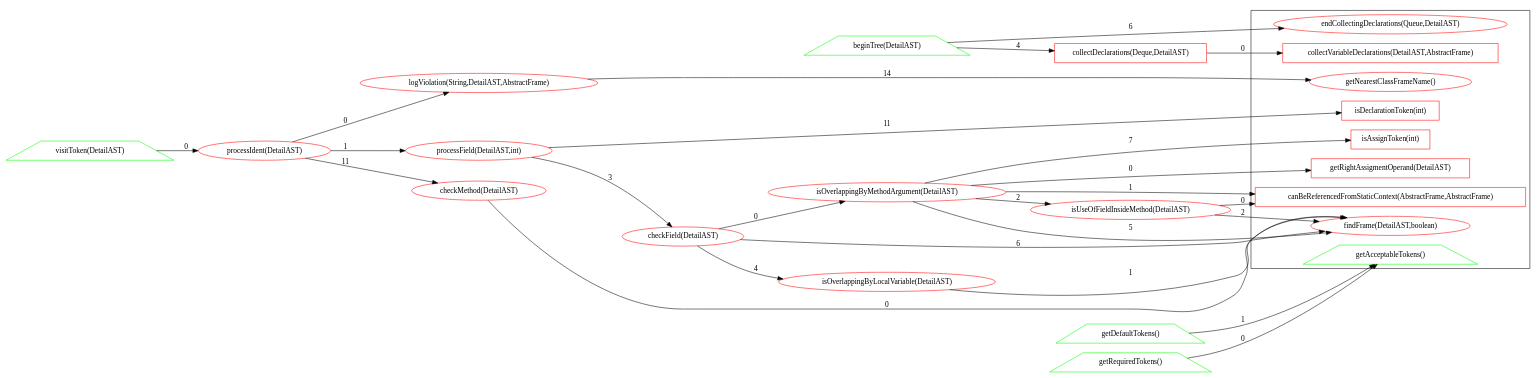
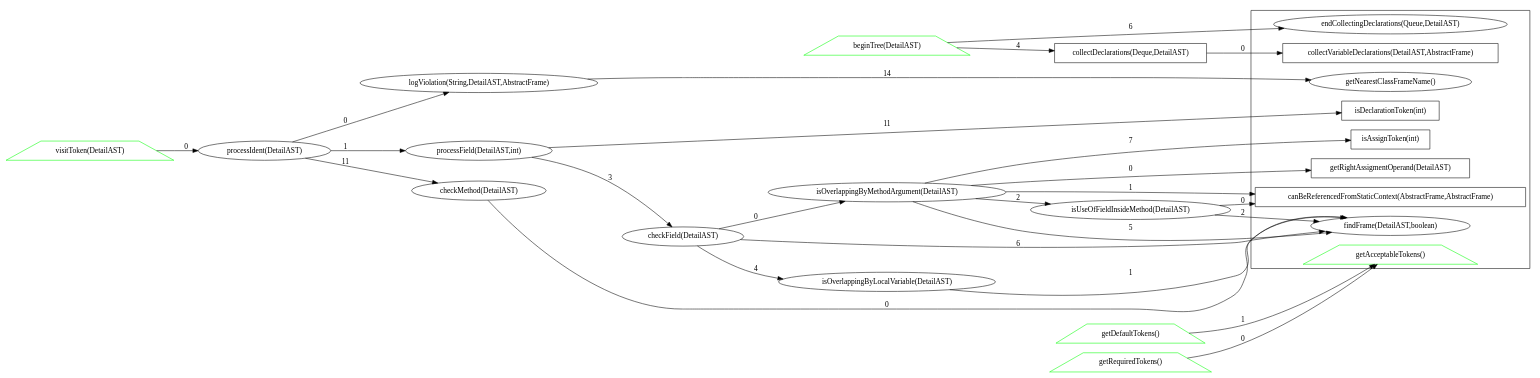
Before and after one commit to alex-zuy/alex-zuy.github.io: the diagram in dot/RequireThisCheck.java.dot, drawn with Graphviz. The commit also changed 1 other file, not shown here.

```diff
--- a/dot/RequireThisCheck.java.dot
+++ b/dot/RequireThisCheck.java.dot
@@ -1,65 +1,65 @@
 digraph dependencies {
 rankdir = "LR";
 subgraph clustersimple {
-"collectVariableDeclarations(DetailAST,AbstractFrame)" [ color="#ff0000ff" shape="polygon" ];
-"endCollectingDeclarations(Queue,DetailAST)" [ color="#ff0000ff" ];
-"getRightAssigmentOperand(DetailAST)" [ color="#ff0000ff" shape="polygon" ];
-"canBeReferencedFromStaticContext(AbstractFrame,AbstractFrame)" [ color="#ff0000ff" shape="polygon" ];
-"findFrame(DetailAST,boolean)" [ color="#ff0000ff" ];
-"isDeclarationToken(int)" [ color="#ff0000ff" shape="polygon" ];
-"isAssignToken(int)" [ color="#ff0000ff" shape="polygon" ];
-"getNearestClassFrameName()" [ color="#ff0000ff" ];
+"collectVariableDeclarations(DetailAST,AbstractFrame)" [ color="#000000ff" shape="polygon" ];
+"endCollectingDeclarations(Queue,DetailAST)" [ color="#000000ff" ];
+"getRightAssigmentOperand(DetailAST)" [ color="#000000ff" shape="polygon" ];
+"canBeReferencedFromStaticContext(AbstractFrame,AbstractFrame)" [ color="#000000ff" shape="polygon" ];
+"findFrame(DetailAST,boolean)" [ color="#000000ff" ];
+"isDeclarationToken(int)" [ color="#000000ff" shape="polygon" ];
+"isAssignToken(int)" [ color="#000000ff" shape="polygon" ];
+"getNearestClassFrameName()" [ color="#000000ff" ];
 "getAcceptableTokens()" [ color="#00ff00ff" shape="trapezium" ];
 }
-"collectDeclarations(Deque,DetailAST)" [ color="#ff0000ff" shape="polygon" ];
-"checkField(DetailAST)" [ color="#ff0000ff" ];
-"isOverlappingByMethodArgument(DetailAST)" [ color="#ff0000ff" ];
-"isUseOfFieldInsideMethod(DetailAST)" [ color="#ff0000ff" ];
-"isOverlappingByLocalVariable(DetailAST)" [ color="#ff0000ff" ];
-"checkMethod(DetailAST)" [ color="#ff0000ff" ];
+"collectDeclarations(Deque,DetailAST)" [ color="#000000ff" shape="polygon" ];
+"checkField(DetailAST)" [ color="#000000ff" ];
+"isOverlappingByMethodArgument(DetailAST)" [ color="#000000ff" ];
+"isUseOfFieldInsideMethod(DetailAST)" [ color="#000000ff" ];
+"isOverlappingByLocalVariable(DetailAST)" [ color="#000000ff" ];
+"checkMethod(DetailAST)" [ color="#000000ff" ];
 "getDefaultTokens()" [ color="#00ff00ff" shape="trapezium" ];
 "getRequiredTokens()" [ color="#00ff00ff" shape="trapezium" ];
 "beginTree(DetailAST)" [ color="#00ff00ff" shape="trapezium" ];
 "visitToken(DetailAST)" [ color="#00ff00ff" shape="trapezium" ];
-"processIdent(DetailAST)" [ color="#ff0000ff" ];
-"logViolation(String,DetailAST,AbstractFrame)" [ color="#ff0000ff" ];
-"processField(DetailAST,int)" [ color="#ff0000ff" ];
+"processIdent(DetailAST)" [ color="#000000ff" ];
+"logViolation(String,DetailAST,AbstractFrame)" [ color="#000000ff" ];
+"processField(DetailAST,int)" [ color="#000000ff" ];
 "collectDeclarations(Deque,DetailAST)" -> "collectVariableDeclarations(DetailAST,AbstractFrame)" [ label="0" ];
 "checkField(DetailAST)" -> "isOverlappingByMethodArgument(DetailAST)" [ label="0" ];
 "checkField(DetailAST)" -> "isOverlappingByLocalVariable(DetailAST)" [ label="4" ];
 "checkField(DetailAST)" -> "findFrame(DetailAST,boolean)" [ label="6" ];
 "isOverlappingByMethodArgument(DetailAST)" -> "getRightAssigmentOperand(DetailAST)" [ label="0" ];
 "isOverlappingByMethodArgument(DetailAST)" -> "canBeReferencedFromStaticContext(AbstractFrame,AbstractFrame)" [ label="1" ];
 "isOverlappingByMethodArgument(DetailAST)" -> "isUseOfFieldInsideMethod(DetailAST)" [ label="2" ];
 "isOverlappingByMethodArgument(DetailAST)" -> "findFrame(DetailAST,boolean)" [ label="5" ];
 "isOverlappingByMethodArgument(DetailAST)" -> "isAssignToken(int)" [ label="7" ];
 "isUseOfFieldInsideMethod(DetailAST)" -> "canBeReferencedFromStaticContext(AbstractFrame,AbstractFrame)" [ label="0" ];
 "isUseOfFieldInsideMethod(DetailAST)" -> "findFrame(DetailAST,boolean)" [ label="2" ];
 "isOverlappingByLocalVariable(DetailAST)" -> "findFrame(DetailAST,boolean)" [ label="1" ];
 "checkMethod(DetailAST)" -> "findFrame(DetailAST,boolean)" [ label="0" ];
 "getDefaultTokens()" -> "getAcceptableTokens()" [ label="1" ];
 "getRequiredTokens()" -> "getAcceptableTokens()" [ label="0" ];
 "beginTree(DetailAST)" -> "collectDeclarations(Deque,DetailAST)" [ label="4" ];
 "beginTree(DetailAST)" -> "endCollectingDeclarations(Queue,DetailAST)" [ label="6" ];
 "visitToken(DetailAST)" -> "processIdent(DetailAST)" [ label="0" ];
 "processIdent(DetailAST)" -> "checkMethod(DetailAST)" [ label="11" ];
 "processIdent(DetailAST)" -> "logViolation(String,DetailAST,AbstractFrame)" [ label="0" ];
 "processIdent(DetailAST)" -> "processField(DetailAST,int)" [ label="1" ];
 "logViolation(String,DetailAST,AbstractFrame)" -> "getNearestClassFrameName()" [ label="14" ];
 "processField(DetailAST,int)" -> "checkField(DetailAST)" [ label="3" ];
 "processField(DetailAST,int)" -> "isDeclarationToken(int)" [ label="11" ];
 /*
 Legend
 Node border color:
     a) GREEN - public
     b) YELLOW - protected
     c) BLACK - private
     d) BLUE - default
 Node shape:
     if static - rectangle
     otherwise if override - trapezium
     otherwise if overloaded - triangle
     otherwise ellipse
 
 */
 }
```
